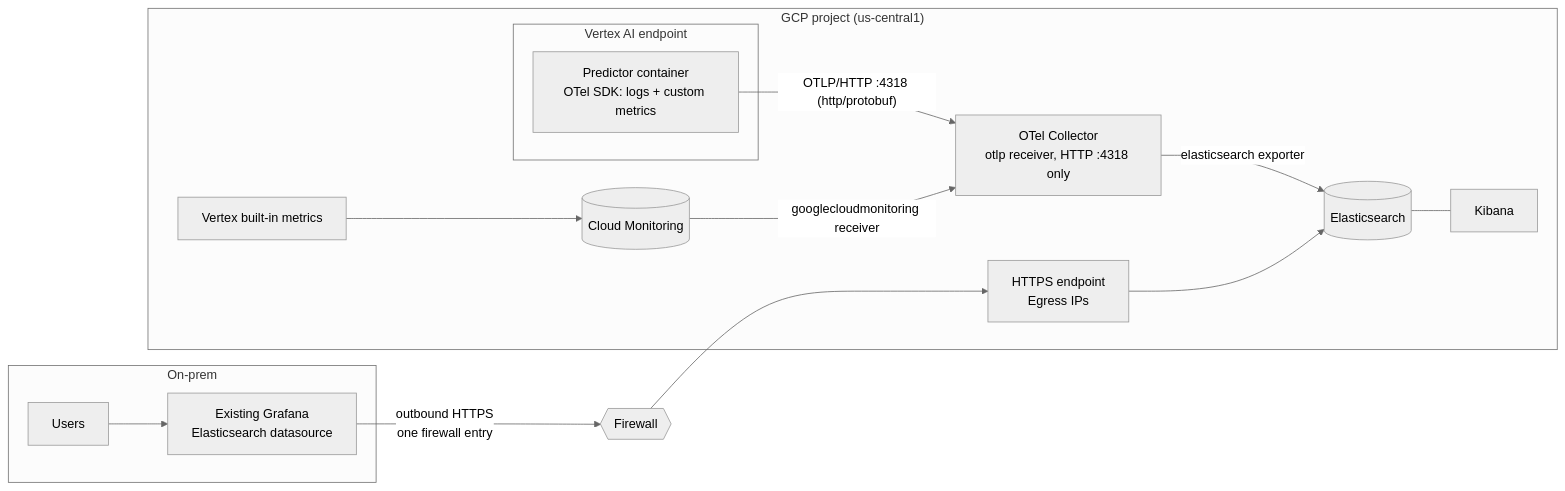
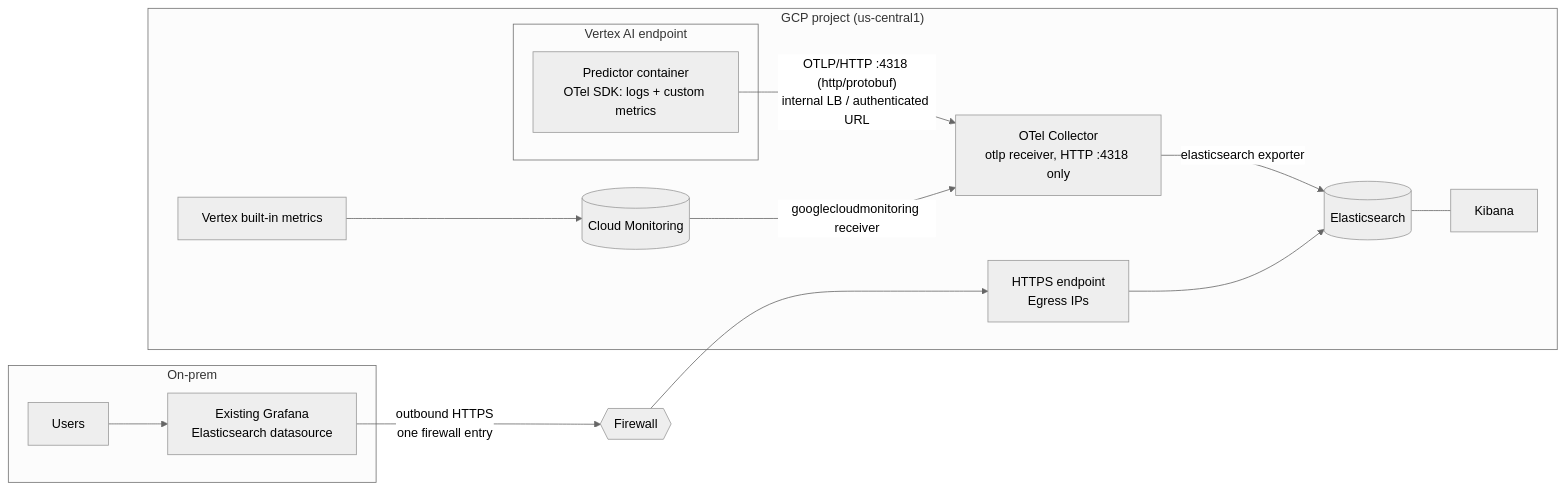
Before and after one commit to wongliping/devspace: the eighth of 8 diagrams in analysis2.md, drawn with Mermaid (neutral theme). The commit also changed other lines of this file, not shown here.

````diff
--- a/analysis2.md
+++ b/analysis2.md
@@ -357,19 +362,19 @@
 ```mermaid
 flowchart LR
     subgraph gcp["GCP project (us-central1)"]
         subgraph vtx["Vertex AI endpoint"]
             PR["Predictor container<br/>OTel SDK: logs + custom metrics"]
         end
-        PR -->|"OTLP/HTTP :4318 (http/protobuf)"| OC["OTel Collector<br/>otlp receiver, HTTP :4318 only"]
+        PR -->|"OTLP/HTTP :4318 (http/protobuf)<br/>internal LB / authenticated URL"| OC["OTel Collector<br/>otlp receiver, HTTP :4318 only"]
         VB["Vertex built-in metrics"] --> CM[("Cloud Monitoring")]
         CM -->|"googlecloudmonitoring receiver"| OC
         OC -->|"elasticsearch exporter"| ES[("Elasticsearch")]
         ES --- KB["Kibana"]
         ESLB["HTTPS endpoint<br/>Egress IPs"] --> ES
     end
     subgraph onprem["On-prem"]
         G["Existing Grafana<br/>Elasticsearch datasource<br/>"]
         U["Users"] --> G
     end
     G -->|"outbound HTTPS<br/>one firewall entry"| FW{{"Firewall"}} --> ESLB
 ```
````
